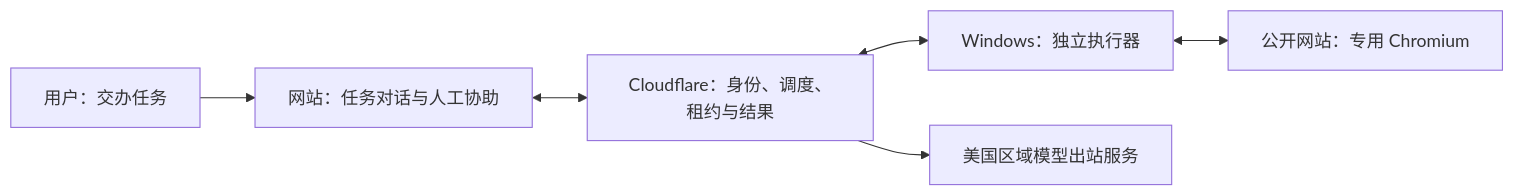
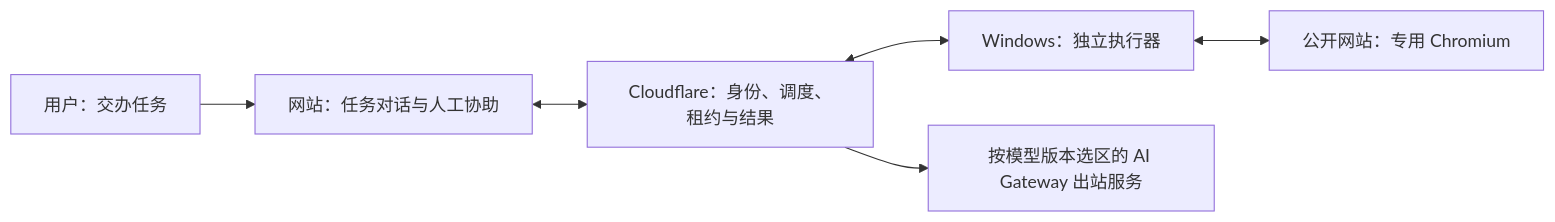
The diagram in README.md (zhangheng2022/taskrelay), drawn with Mermaid before and after one commit. The commit also changed other lines of this file and 48 other files, not shown here.

````diff
--- a/README.md
+++ b/README.md
@@ -34,8 +34,8 @@
 ```mermaid
 flowchart LR
   U[用户：交办任务] --> W[网站：任务对话与人工协助]
   W <--> C[Cloudflare：身份、调度、租约与结果]
   C <--> E[Windows：独立执行器]
   E <--> S[公开网站：专用 Chromium]
-  C --> M[美国区域模型出站服务]
+  C --> M[按模型版本选区的 AI Gateway 出站服务]
 ```
````
